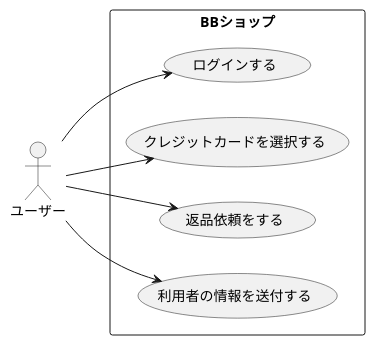
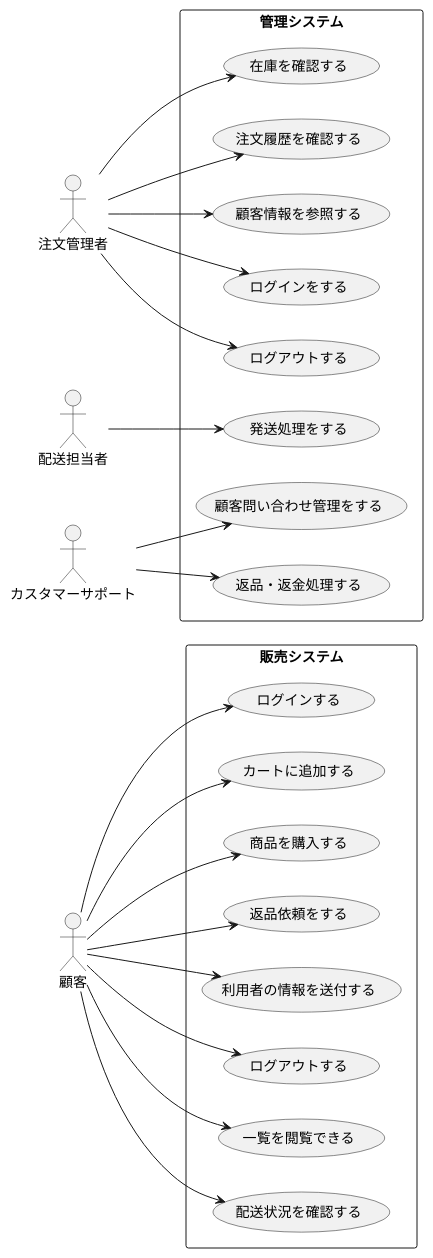
The diagram in group/mail order/usecase.pu (YoshinagaSho/ohara_uml), drawn with PlantUML before and after one commit. The commit also changed other lines of this file and 13 other files, not shown here.

```diff
--- a/group/mail order/usecase.pu
+++ b/group/mail order/usecase.pu
@@ -1,17 +1,55 @@
-@startuml BBショップユースケース図
-left to right direction
-actor ユーザー as U
+@startuml BBショップユースケース図 
+left to right direction 
+actor 顧客 as U 
+actor 注文管理者 as M 
+actor 配送担当者 as D
+actor カスタマーサポート as C
 
-rectangle BBショップ {
-  usecase "ログインする" as UC1
-  usecase "クレジットカードを選択する" as UC2
-  usecase "返品依頼をする" as UC3
-  usecase "利用者の情報を送付する" as UC4
-}
 
-U --> UC1
-U --> UC2
-U --> UC3
-U --> UC4
+rectangle 販売システム {  
+  usecase "ログインする" as UC1   
+  usecase "カートに追加する" as UC2   
+  usecase "商品を購入する" as UC3   
+  usecase "返品依頼をする" as UC4   
+  usecase "利用者の情報を送付する" as UC5   
+  usecase "ログアウトする" as UC6
+  usecase "一覧を閲覧できる" as UC13
+  usecase "配送状況を確認する" as UC15
+
+}  
+
+rectangle  管理システム{ 
+  usecase "ログインをする" as UC7
+  usecase "ログアウトする" as UC11
+  usecase "在庫を確認する" as UC20
+  usecase "返品・返金処理する" as UC21
+  usecase "顧客問い合わせ管理をする" as UC16
+  usecase "注文履歴を確認する" as UC17
+  usecase "顧客情報を参照する" as UC18
+  usecase "発送処理をする" as UC19
+
+}  
+
+
+U --> UC1 
+U --> UC2 
+U --> UC3 
+U --> UC4 
+U --> UC5 
+U --> UC6 
+U --> UC13
+U --> UC15 
+
+M --> UC7 
+M --> UC11
+M --> UC17
+M --> UC18
+M --> UC20
+
+D --> UC19
+
+C --> UC16
+C --> UC21
+
 
 @enduml
```
